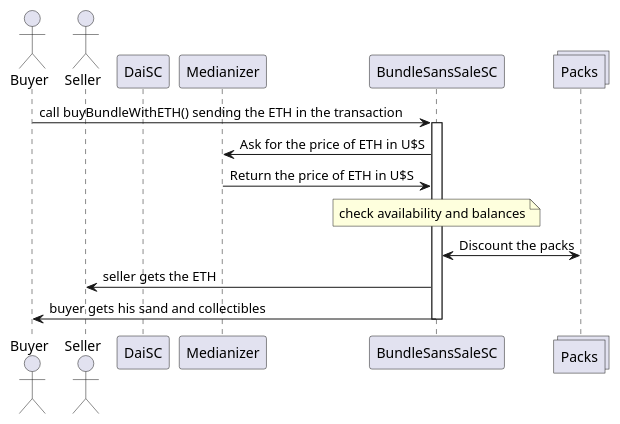
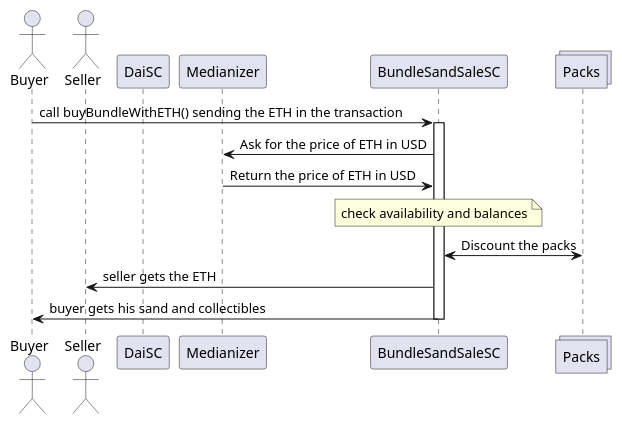
The fourth of 5 diagrams in docs/topics/sand/bundle-sand-sale.md (thesandboxgame/sandbox-smart-contracts), drawn with PlantUML before and after one commit. The commit also changed other lines of this file and 1 other file, not shown here.

````diff
--- a/docs/topics/sand/bundle-sand-sale.md
+++ b/docs/topics/sand/bundle-sand-sale.md
@@ -144,18 +144,18 @@
 ```plantuml
 actor Buyer
 actor Seller
 participant DaiSC
 participant Medianizer
-participant BundleSansSaleSC
+participant BundleSandSaleSC
 collections Packs
 
-"Buyer" -> "BundleSansSaleSC": call buyBundleWithETH() sending the ETH in the transaction
-activate BundleSansSaleSC
-"BundleSansSaleSC" -> "Medianizer": Ask for the price of ETH in U$S
-"Medianizer" -> "BundleSansSaleSC": Return the price of ETH in U$S
-note over BundleSansSaleSC: check availability and balances
-"BundleSansSaleSC" <-> "Packs": Discount the packs
-"BundleSansSaleSC" -> "Seller": seller gets the ETH
-"BundleSansSaleSC" -> "Buyer": buyer gets his sand and collectibles
-deactivate BundleSansSaleSC
+"Buyer" -> "BundleSandSaleSC": call buyBundleWithETH() sending the ETH in the transaction
+activate BundleSandSaleSC
+"BundleSandSaleSC" -> "Medianizer": Ask for the price of ETH in USD
+"Medianizer" -> "BundleSandSaleSC": Return the price of ETH in USD
+note over BundleSandSaleSC: check availability and balances
+"BundleSandSaleSC" <-> "Packs": Discount the packs
+"BundleSandSaleSC" -> "Seller": seller gets the ETH
+"BundleSandSaleSC" -> "Buyer": buyer gets his sand and collectibles
+deactivate BundleSandSaleSC
 ```
````
